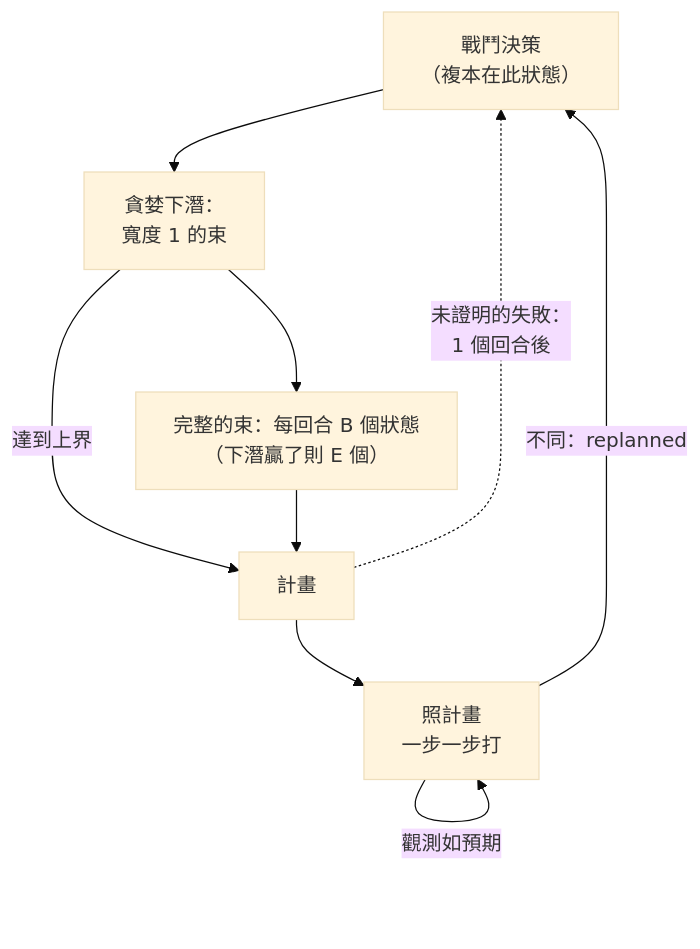
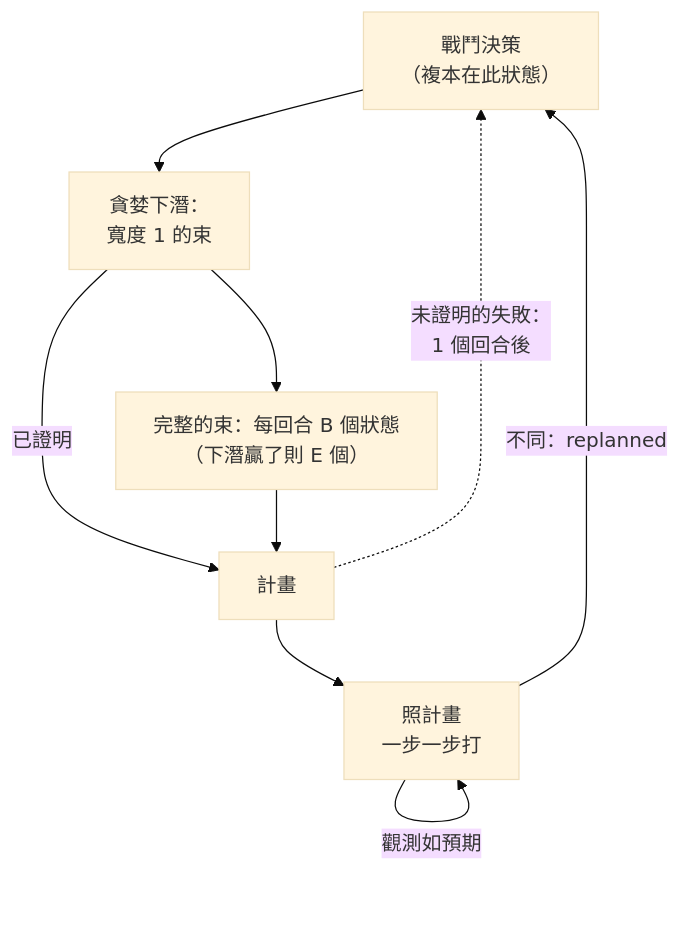
The first of 2 diagrams in docs/src/content/docs/zh-tw/arch/sl-planner/index.mdx (shinnku-nikaidou/spire-zero), drawn with Mermaid (base theme) before and after one commit. The commit also changed other lines of this file and 128 other files, not shown here.

````diff
--- a/docs/src/content/docs/zh-tw/arch/sl-planner/index.mdx
+++ b/docs/src/content/docs/zh-tw/arch/sl-planner/index.mdx
@@ -49,11 +49,11 @@
 ```mermaid
 flowchart TD
   D["戰鬥決策<br/>（複本在此狀態）"] --> V["貪婪下潛：<br/>寬度 1 的束"]
-  V -->|"達到上界"| P["計畫"]
+  V -->|"已證明"| P["計畫"]
   V --> B["完整的束：每回合 B 個狀態<br/>（下潛贏了則 E 個）"]
   B --> P
   P --> F["照計畫<br/>一步一步打"]
   F -->|"觀測如預期"| F
   F -->|"不同：replanned"| D
   P -.->|"未證明的失敗：<br/>1 個回合後"| D
 ```
````
